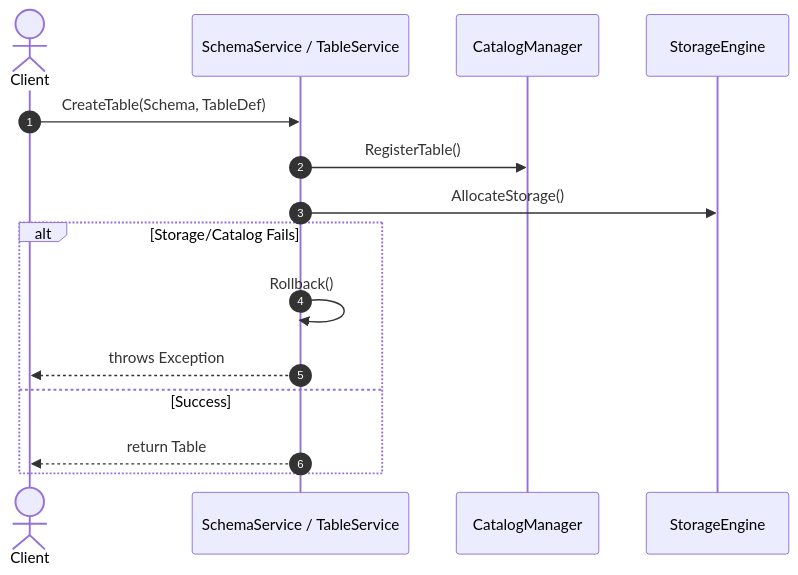
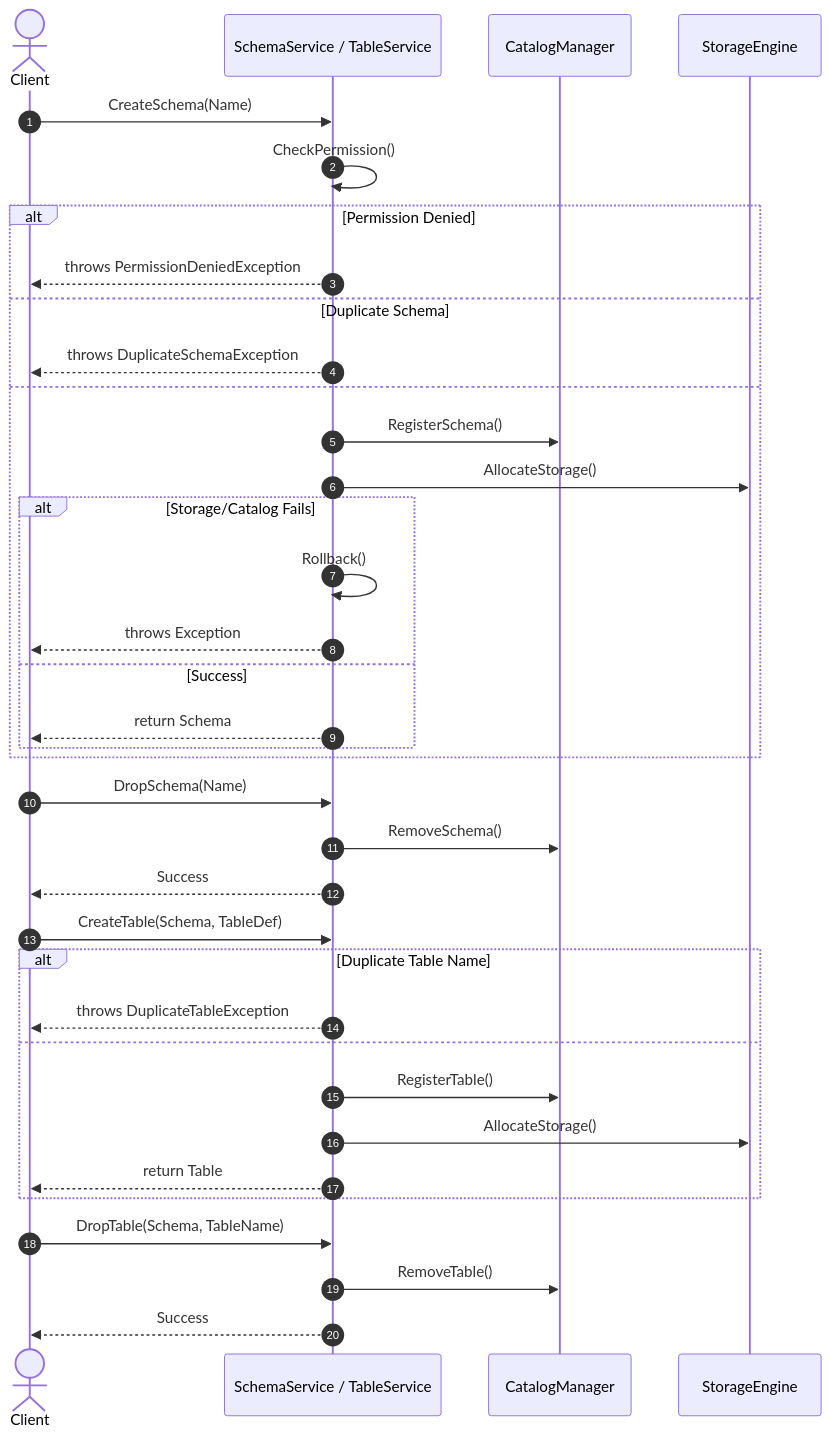
One commit to Hagiakhanh/bbv-dbms changed diagram 20 of 51 in docs/sequence-diagrams/README.md. Above: the diagram before and after it, drawn with Mermaid. The commit also changed other lines of this file and 4 other files, not shown here.

````diff
--- a/docs/sequence-diagrams/README.md
+++ b/docs/sequence-diagrams/README.md
@@ -400,18 +704,46 @@
 ```mermaid
 sequenceDiagram
     autonumber
     actor Client
     participant Svc as SchemaService / TableService
     participant CatMgr as CatalogManager
     participant Storage as StorageEngine
     
+    %% Create Schema
+    Client->>Svc: CreateSchema(Name)
+    Svc->>Svc: CheckPermission()
+    alt Permission Denied
+        Svc-->>Client: throws PermissionDeniedException
+    else Duplicate Schema
+        Svc-->>Client: throws DuplicateSchemaException
+    else
+        Svc->>CatMgr: RegisterSchema()
+        Svc->>Storage: AllocateStorage()
+        alt Storage/Catalog Fails
+            Svc->>Svc: Rollback()
+            Svc-->>Client: throws Exception
+        else Success
+            Svc-->>Client: return Schema
+        end
+    end
+    
+    %% Drop Schema
+    Client->>Svc: DropSchema(Name)
+    Svc->>CatMgr: RemoveSchema()
+    Svc-->>Client: Success
+
+    %% Create Table
     Client->>Svc: CreateTable(Schema, TableDef)
-    Svc->>CatMgr: RegisterTable()
-    Svc->>Storage: AllocateStorage()
-    alt Storage/Catalog Fails
-        Svc->>Svc: Rollback()
-        Svc-->>Client: throws Exception
-    else Success
+    alt Duplicate Table Name
+        Svc-->>Client: throws DuplicateTableException
+    else
+        Svc->>CatMgr: RegisterTable()
+        Svc->>Storage: AllocateStorage()
         Svc-->>Client: return Table
     end
+    
+    %% Drop Table
+    Client->>Svc: DropTable(Schema, TableName)
+    Svc->>CatMgr: RemoveTable()
+    Svc-->>Client: Success
 ```
````
